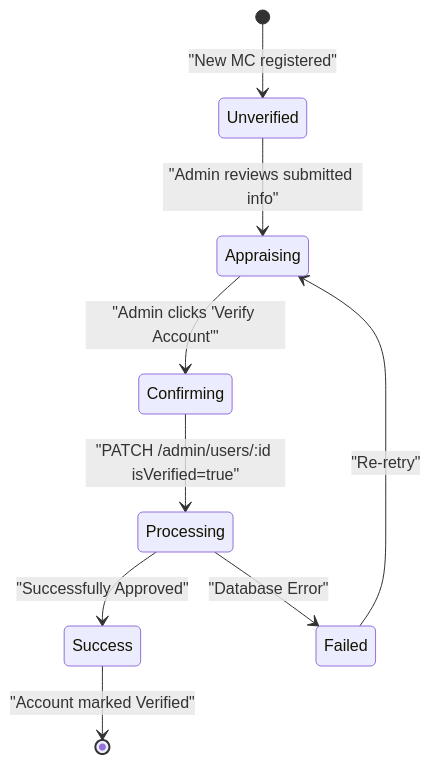
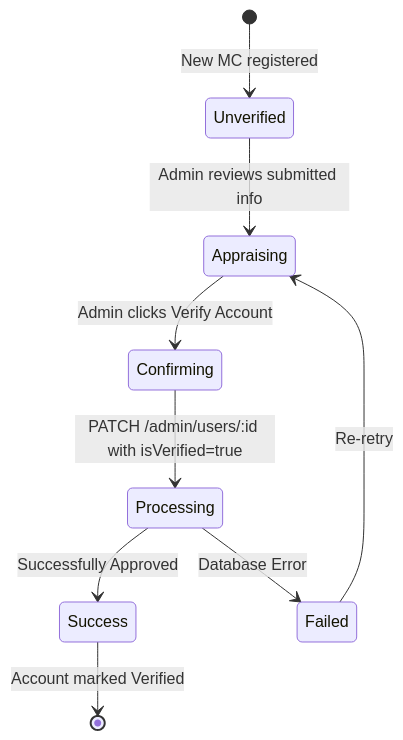
Diagram 29 of 44 in UC_Backend_Design_Details.md (dat-21/SWD392), drawn with Mermaid before and after one commit. The commit also changed other lines of this file, not shown here.

Commit message:
de311111

````diff
--- a/UC_Backend_Design_Details.md
+++ b/UC_Backend_Design_Details.md
@@ -626,11 +626,11 @@
 ```mermaid
 stateDiagram-v2
-    [*] --> Unverified : "New MC registered"
-    Unverified --> Appraising : "Admin reviews submitted info"
-    Appraising --> Confirming : "Admin clicks 'Verify Account'"
-    Confirming --> Processing : "PATCH /admin/users/:id isVerified=true"
-    Processing --> Success : "Successfully Approved"
-    Processing --> Failed : "Database Error"
-    Failed --> Appraising : "Re-retry"
-    Success --> [*] : "Account marked Verified"
+    [*] --> Unverified : New MC registered
+    Unverified --> Appraising : Admin reviews submitted info
+    Appraising --> Confirming : Admin clicks Verify Account
+    Confirming --> Processing : PATCH /admin/users/:id with isVerified=true
+    Processing --> Success : Successfully Approved
+    Processing --> Failed : Database Error
+    Failed --> Appraising : Re-retry
+    Success --> [*] : Account marked Verified
 ```
````
